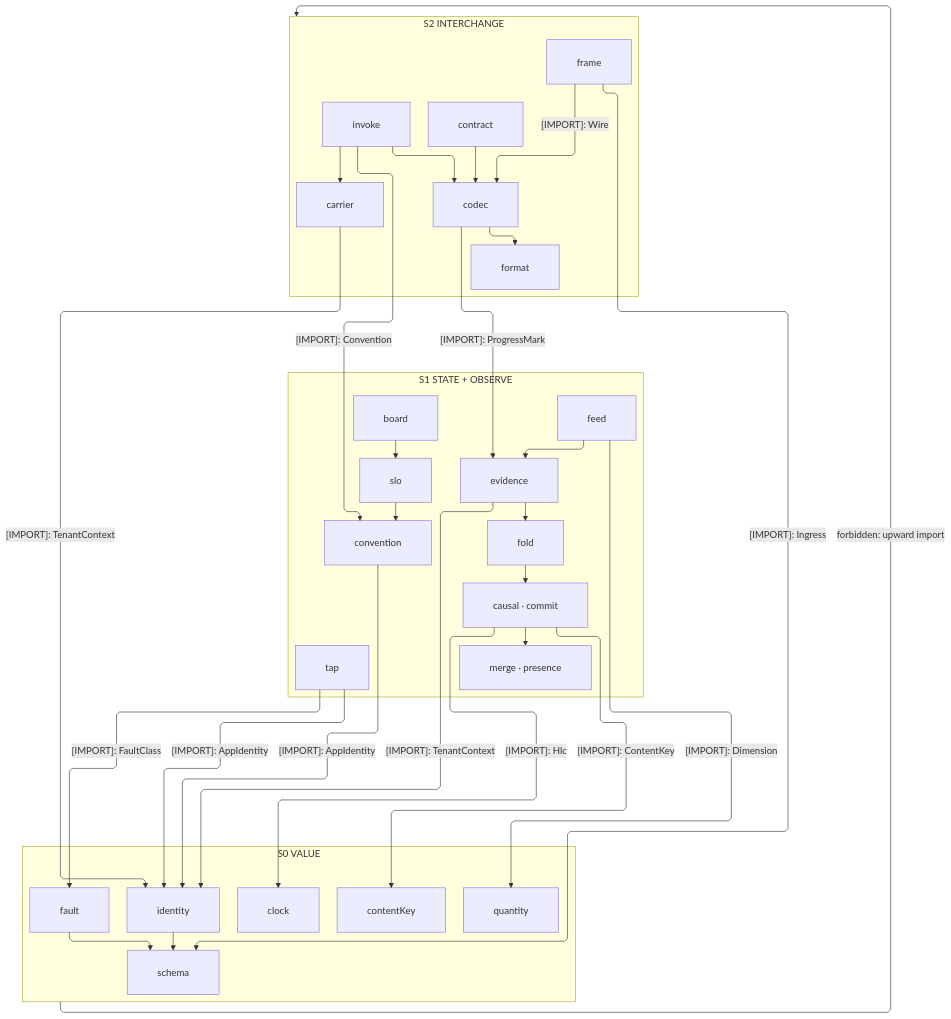
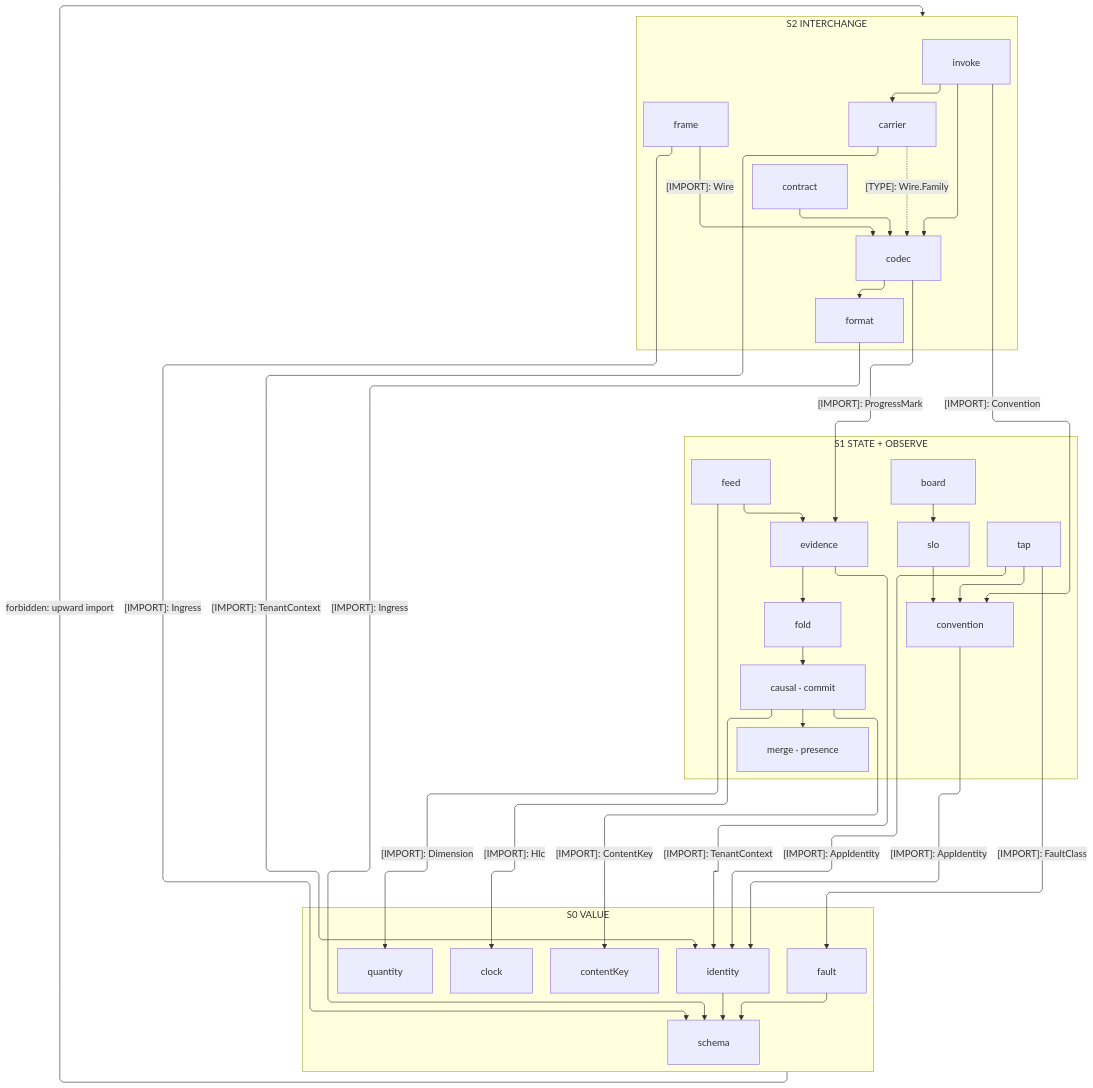
One commit to bsamiee/Rasm changed the first of 3 diagrams in libs/typescript/core/ARCHITECTURE.md. Above: the diagram before and after it, drawn with Mermaid. The commit also changed other lines of this file and 108 other files, not shown here.

Commit message:
Land the coldpass doc-set deltas across README, ARCHITECTURE, RULINGS, IDEAS, and TASKLOG files

````diff
--- a/libs/typescript/core/ARCHITECTURE.md
+++ b/libs/typescript/core/ARCHITECTURE.md
@@ -48,65 +48,68 @@
 ```mermaid
 ---
 config:
   layout: elk
   flowchart:
     curve: linear
     padding: 25
 ---
 flowchart TB
     accTitle: Core interior import strata
     accDescr: Three interior strata — interchange over the state and observe peers onto the value floor; imports downward, one forbidden upward edge.
     subgraph S2["S2 INTERCHANGE"]
         Invoke[invoke]
         CarrierP[carrier]
         Contract[contract]
         Codec[codec]
         Format[format]
         Frame[frame]
     end
     subgraph S1["S1 STATE + OBSERVE"]
         Tap[tap]
         Board[board]
         Slo[slo]
         Convention[convention]
         Feed[feed]
         Evidence[evidence]
         Fold[fold]
         Causal["causal · commit"]
         Merge["merge · presence"]
     end
     subgraph S0["S0 VALUE"]
         Identity[identity]
         Quantity[quantity]
         Clock[clock]
         ContentKey[contentKey]
         Schema[schema]
         Fault[fault]
     end
     Codec i1@--> Format
     Frame e1@-->|"[IMPORT]: Wire"| Codec
     Contract i2@--> Codec
     Invoke i3@--> Codec
     Invoke i12@--> CarrierP
+    CarrierP e19@-.->|"[TYPE]: Wire.Family"| Codec
+    Format e20@-->|"[IMPORT]: Ingress"| Schema
     CarrierP e18@-->|"[IMPORT]: TenantContext"| Identity
     Codec e2@-->|"[IMPORT]: ProgressMark"| Evidence
     Invoke e3@-->|"[IMPORT]: Convention"| Convention
     Frame e4@-->|"[IMPORT]: Ingress"| Schema
     Causal e5@-->|"[IMPORT]: Hlc"| Clock
     Causal i4@--> Merge
     Causal e6@-->|"[IMPORT]: ContentKey"| ContentKey
     Fold i5@--> Causal
     Evidence i6@--> Fold
     Evidence e7@-->|"[IMPORT]: TenantContext"| Identity
     Feed i7@--> Evidence
     Feed e8@-->|"[IMPORT]: Dimension"| Quantity
     Slo i8@--> Convention
+    Tap i12@--> Convention
     Board i9@--> Slo
     Convention e9@-->|"[IMPORT]: AppIdentity"| Identity
     Tap e10@-->|"[IMPORT]: FaultClass"| Fault
     Tap e11@-->|"[IMPORT]: AppIdentity"| Identity
     Identity i10@--> Schema
     Fault i11@--> Schema
     Invoke ~~~ Board
     S0 f1@-->|"forbidden: upward import"| S2
 ```
````
